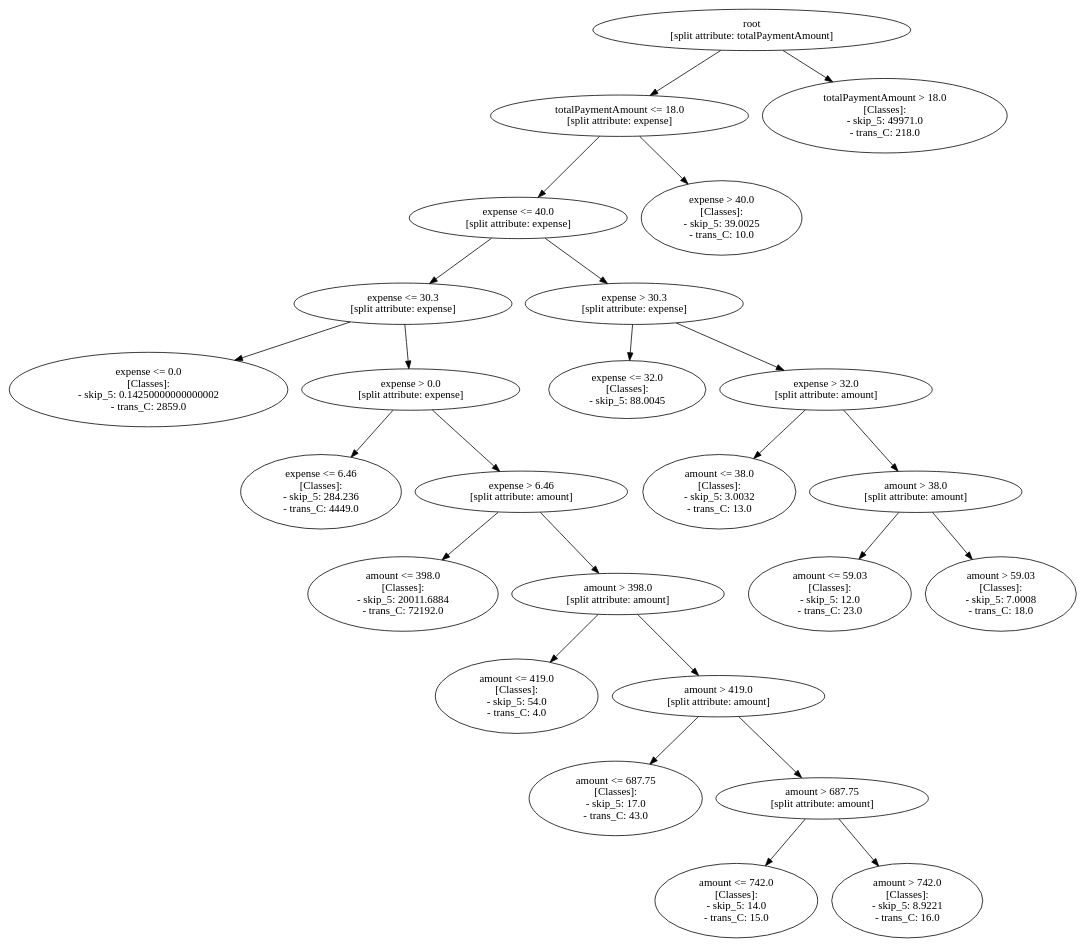
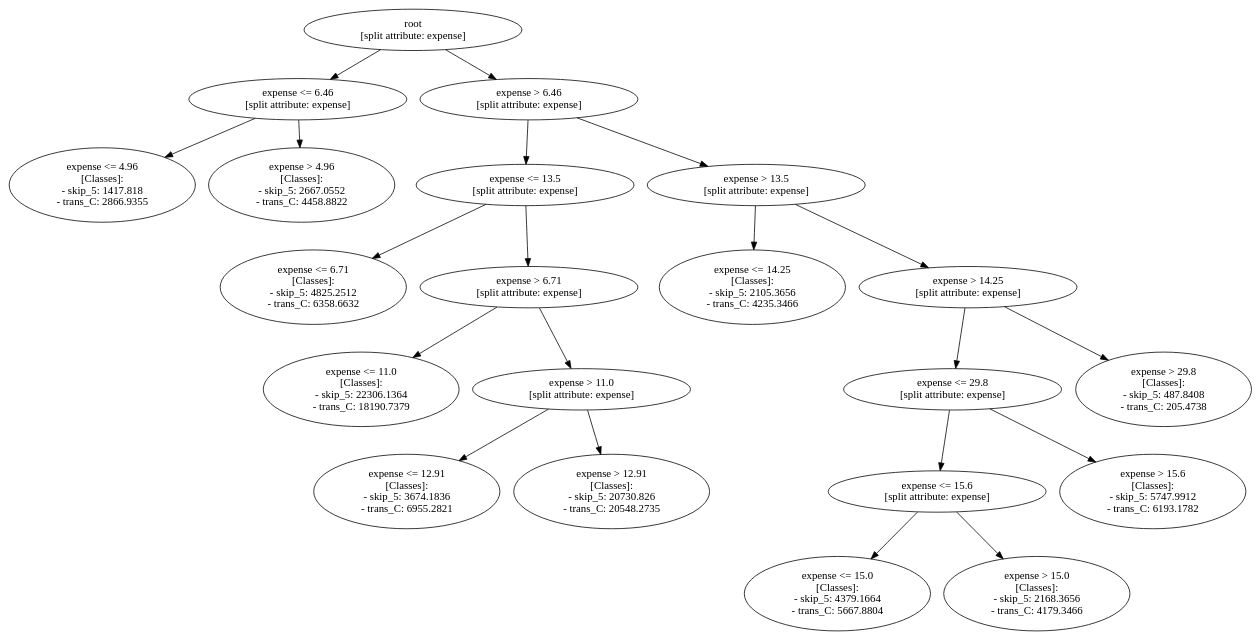
Before and after one commit to piepor/multiple-paths-decision-mining: the diagram in figures/Road_Traffic_Fine_Management_Process-p_5-3.gv, drawn with Graphviz. The commit also changed 655 other files, not shown here.

```diff
--- a/figures/Road_Traffic_Fine_Management_Process-p_5-3.gv
+++ b/figures/Road_Traffic_Fine_Management_Process-p_5-3.gv
@@ -1,102 +1,87 @@
 // Road_Traffic_Fine_Management_Process-p_5-3
 digraph "Road_Traffic_Fine_Management_Process-p_5-3" {
-	"50e1418c-c717-4389-8d7a-c7e8ebbf338f" [label="root 
- [split attribute: totalPaymentAmount]"]
-	"1eeca8f6-0e01-4e6c-bebb-7ec18703c23b" [label="totalPaymentAmount <= 18.0 
+	"60326849-33ee-4cf4-aecd-1391d67e955c" [label="root 
  [split attribute: expense]"]
-	"50e1418c-c717-4389-8d7a-c7e8ebbf338f" -> "1eeca8f6-0e01-4e6c-bebb-7ec18703c23b"
-	"b9861b8d-d65f-4e96-a85d-682e73c9eda0" [label="expense <= 40.0 
+	"a4df8423-cb50-4f7d-b5ef-fb28b17b2651" [label="expense <= 6.46 
  [split attribute: expense]"]
-	"1eeca8f6-0e01-4e6c-bebb-7ec18703c23b" -> "b9861b8d-d65f-4e96-a85d-682e73c9eda0"
-	"974cfe61-e4b8-4060-b898-18211319ef25" [label="expense <= 30.3 
+	"60326849-33ee-4cf4-aecd-1391d67e955c" -> "a4df8423-cb50-4f7d-b5ef-fb28b17b2651"
+	"26ad73c7-7bca-40b0-9b05-c2edfda39046" [label="expense <= 4.96 
+ [Classes]: 
+ - skip_5: 1417.818 
+ - trans_C: 2866.9355"]
+	"a4df8423-cb50-4f7d-b5ef-fb28b17b2651" -> "26ad73c7-7bca-40b0-9b05-c2edfda39046"
+	"07b53341-3b0b-4ccb-8e35-762285d78fe4" [label="expense > 4.96 
+ [Classes]: 
+ - skip_5: 2667.0552 
+ - trans_C: 4458.8822"]
+	"a4df8423-cb50-4f7d-b5ef-fb28b17b2651" -> "07b53341-3b0b-4ccb-8e35-762285d78fe4"
+	"9ff4b139-d2cf-4822-b560-042363619c1b" [label="expense > 6.46 
  [split attribute: expense]"]
-	"b9861b8d-d65f-4e96-a85d-682e73c9eda0" -> "974cfe61-e4b8-4060-b898-18211319ef25"
-	"5652ce3f-5eb8-408d-8591-99cacde1356c" [label="expense <= 0.0 
+	"60326849-33ee-4cf4-aecd-1391d67e955c" -> "9ff4b139-d2cf-4822-b560-042363619c1b"
+	"9408a75f-bbe8-45c7-a14d-1fc790cc2ead" [label="expense <= 13.5 
+ [split attribute: expense]"]
+	"9ff4b139-d2cf-4822-b560-042363619c1b" -> "9408a75f-bbe8-45c7-a14d-1fc790cc2ead"
+	"b951ad37-0e6f-4c86-b89b-896fc53dd505" [label="expense <= 6.71 
  [Classes]: 
- - skip_5: 0.14250000000000002 
- - trans_C: 2859.0"]
-	"974cfe61-e4b8-4060-b898-18211319ef25" -> "5652ce3f-5eb8-408d-8591-99cacde1356c"
-	"2b5a3c57-3be8-405e-9613-0a6ab4c27adf" [label="expense > 0.0 
+ - skip_5: 4825.2512 
+ - trans_C: 6358.6632"]
+	"9408a75f-bbe8-45c7-a14d-1fc790cc2ead" -> "b951ad37-0e6f-4c86-b89b-896fc53dd505"
+	"790cd0e3-9584-4796-95b6-1a9af53770f3" [label="expense > 6.71 
  [split attribute: expense]"]
-	"974cfe61-e4b8-4060-b898-18211319ef25" -> "2b5a3c57-3be8-405e-9613-0a6ab4c27adf"
-	"cbb13474-0ab6-4a1b-a407-d3ce18df38dc" [label="expense <= 6.46 
+	"9408a75f-bbe8-45c7-a14d-1fc790cc2ead" -> "790cd0e3-9584-4796-95b6-1a9af53770f3"
+	"22b8af8b-f84b-438a-9487-f409d33f9f86" [label="expense <= 11.0 
  [Classes]: 
- - skip_5: 284.236 
- - trans_C: 4449.0"]
-	"2b5a3c57-3be8-405e-9613-0a6ab4c27adf" -> "cbb13474-0ab6-4a1b-a407-d3ce18df38dc"
-	"9d8a1d61-0d83-4002-a0ae-6d5eb2124c86" [label="expense > 6.46 
- [split attribute: amount]"]
-	"2b5a3c57-3be8-405e-9613-0a6ab4c27adf" -> "9d8a1d61-0d83-4002-a0ae-6d5eb2124c86"
-	"0b2f3d60-1877-4f02-acfb-99fbd05867af" [label="amount <= 398.0 
+ - skip_5: 22306.1364 
+ - trans_C: 18190.7379"]
+	"790cd0e3-9584-4796-95b6-1a9af53770f3" -> "22b8af8b-f84b-438a-9487-f409d33f9f86"
+	"058cee04-2c68-47a5-a5fa-afd679f95efb" [label="expense > 11.0 
+ [split attribute: expense]"]
+	"790cd0e3-9584-4796-95b6-1a9af53770f3" -> "058cee04-2c68-47a5-a5fa-afd679f95efb"
+	"fa840bc5-1f7b-418e-96d0-3343e0c56262" [label="expense <= 12.91 
  [Classes]: 
- - skip_5: 20011.6884 
- - trans_C: 72192.0"]
-	"9d8a1d61-0d83-4002-a0ae-6d5eb2124c86" -> "0b2f3d60-1877-4f02-acfb-99fbd05867af"
-	"67dce0b2-6b28-4933-a63c-30255ee92002" [label="amount > 398.0 
- [split attribute: amount]"]
-	"9d8a1d61-0d83-4002-a0ae-6d5eb2124c86" -> "67dce0b2-6b28-4933-a63c-30255ee92002"
-	"660e4220-4d58-49f6-9dc8-1547f3331a31" [label="amount <= 419.0 
+ - skip_5: 3674.1836 
+ - trans_C: 6955.2821"]
+	"058cee04-2c68-47a5-a5fa-afd679f95efb" -> "fa840bc5-1f7b-418e-96d0-3343e0c56262"
+	"741e6163-654f-49d4-9a4e-76ed84432ac8" [label="expense > 12.91 
  [Classes]: 
- - skip_5: 54.0 
- - trans_C: 4.0"]
-	"67dce0b2-6b28-4933-a63c-30255ee92002" -> "660e4220-4d58-49f6-9dc8-1547f3331a31"
-	"a18baad9-7fb3-4047-8489-dfd196018037" [label="amount > 419.0 
- [split attribute: amount]"]
-	"67dce0b2-6b28-4933-a63c-30255ee92002" -> "a18baad9-7fb3-4047-8489-dfd196018037"
-	"40973ee7-5a58-4e13-9447-4bbe146a630b" [label="amount <= 687.75 
+ - skip_5: 20730.826 
+ - trans_C: 20548.2735"]
+	"058cee04-2c68-47a5-a5fa-afd679f95efb" -> "741e6163-654f-49d4-9a4e-76ed84432ac8"
+	"a1c3358b-b442-4e89-b3f3-ed1f7de4f86e" [label="expense > 13.5 
+ [split attribute: expense]"]
+	"9ff4b139-d2cf-4822-b560-042363619c1b" -> "a1c3358b-b442-4e89-b3f3-ed1f7de4f86e"
+	"43a83bea-3356-488b-9fbd-8a2539ab1df2" [label="expense <= 14.25 
  [Classes]: 
- - skip_5: 17.0 
- - trans_C: 43.0"]
-	"a18baad9-7fb3-4047-8489-dfd196018037" -> "40973ee7-5a58-4e13-9447-4bbe146a630b"
-	"5fd839a1-1252-45c6-a669-492a08e89db5" [label="amount > 687.75 
- [split attribute: amount]"]
-	"a18baad9-7fb3-4047-8489-dfd196018037" -> "5fd839a1-1252-45c6-a669-492a08e89db5"
-	"17ad5a18-351f-467e-8fff-c8c04983ecd3" [label="amount <= 742.0 
+ - skip_5: 2105.3656 
+ - trans_C: 4235.3466"]
+	"a1c3358b-b442-4e89-b3f3-ed1f7de4f86e" -> "43a83bea-3356-488b-9fbd-8a2539ab1df2"
+	"62dd4c42-5ea2-40f3-957c-3cc4f18feeb5" [label="expense > 14.25 
+ [split attribute: expense]"]
+	"a1c3358b-b442-4e89-b3f3-ed1f7de4f86e" -> "62dd4c42-5ea2-40f3-957c-3cc4f18feeb5"
+	"a999befc-d8af-45b5-aa7e-14c51ca846e5" [label="expense <= 29.8 
+ [split attribute: expense]"]
+	"62dd4c42-5ea2-40f3-957c-3cc4f18feeb5" -> "a999befc-d8af-45b5-aa7e-14c51ca846e5"
+	"6ed170a2-3fb4-473e-bb9a-f653366c8f44" [label="expense <= 15.6 
+ [split attribute: expense]"]
+	"a999befc-d8af-45b5-aa7e-14c51ca846e5" -> "6ed170a2-3fb4-473e-bb9a-f653366c8f44"
+	"583366c7-d2af-409f-97b7-5b20bc9026ba" [label="expense <= 15.0 
  [Classes]: 
- - skip_5: 14.0 
- - trans_C: 15.0"]
-	"5fd839a1-1252-45c6-a669-492a08e89db5" -> "17ad5a18-351f-467e-8fff-c8c04983ecd3"
-	"1d6b6c93-5b9b-4293-aed3-9bba958e9629" [label="amount > 742.0 
+ - skip_5: 4379.1664 
+ - trans_C: 5667.8804"]
+	"6ed170a2-3fb4-473e-bb9a-f653366c8f44" -> "583366c7-d2af-409f-97b7-5b20bc9026ba"
+	"eaaacb3e-42d1-4dc0-89af-43123938616f" [label="expense > 15.0 
  [Classes]: 
- - skip_5: 8.9221 
- - trans_C: 16.0"]
-	"5fd839a1-1252-45c6-a669-492a08e89db5" -> "1d6b6c93-5b9b-4293-aed3-9bba958e9629"
-	"e32d8315-3bb9-40d2-873c-6d6ec6a18081" [label="expense > 30.3 
- [split attribute: expense]"]
-	"b9861b8d-d65f-4e96-a85d-682e73c9eda0" -> "e32d8315-3bb9-40d2-873c-6d6ec6a18081"
-	"1d19942f-8833-408f-be61-62a81b89ab2c" [label="expense <= 32.0 
+ - skip_5: 2168.3656 
+ - trans_C: 4179.3466"]
+	"6ed170a2-3fb4-473e-bb9a-f653366c8f44" -> "eaaacb3e-42d1-4dc0-89af-43123938616f"
+	"29be91db-5dc6-404e-ad34-c4cc81e58819" [label="expense > 15.6 
  [Classes]: 
- - skip_5: 88.0045"]
-	"e32d8315-3bb9-40d2-873c-6d6ec6a18081" -> "1d19942f-8833-408f-be61-62a81b89ab2c"
-	"a6ce09b2-f83f-42a5-b661-7a4d3f8760c1" [label="expense > 32.0 
- [split attribute: amount]"]
-	"e32d8315-3bb9-40d2-873c-6d6ec6a18081" -> "a6ce09b2-f83f-42a5-b661-7a4d3f8760c1"
-	"a2210edc-e6de-45ae-b41f-d436af731ddf" [label="amount <= 38.0 
+ - skip_5: 5747.9912 
+ - trans_C: 6193.1782"]
+	"a999befc-d8af-45b5-aa7e-14c51ca846e5" -> "29be91db-5dc6-404e-ad34-c4cc81e58819"
+	"165c2bb3-c8b7-40d4-84c9-10c3892964a9" [label="expense > 29.8 
  [Classes]: 
- - skip_5: 3.0032 
- - trans_C: 13.0"]
-	"a6ce09b2-f83f-42a5-b661-7a4d3f8760c1" -> "a2210edc-e6de-45ae-b41f-d436af731ddf"
-	"d7819495-8bed-4227-b525-868acdd438da" [label="amount > 38.0 
- [split attribute: amount]"]
-	"a6ce09b2-f83f-42a5-b661-7a4d3f8760c1" -> "d7819495-8bed-4227-b525-868acdd438da"
-	"f5588e64-0323-4e34-8d09-0fcd40cbdea5" [label="amount <= 59.03 
- [Classes]: 
- - skip_5: 12.0 
- - trans_C: 23.0"]
-	"d7819495-8bed-4227-b525-868acdd438da" -> "f5588e64-0323-4e34-8d09-0fcd40cbdea5"
-	"179e76dc-ce61-4e8d-9fd9-fd4d150c9331" [label="amount > 59.03 
- [Classes]: 
- - skip_5: 7.0008 
- - trans_C: 18.0"]
-	"d7819495-8bed-4227-b525-868acdd438da" -> "179e76dc-ce61-4e8d-9fd9-fd4d150c9331"
-	"b256c853-99a2-4a99-88b0-96fd3d702e72" [label="expense > 40.0 
- [Classes]: 
- - skip_5: 39.0025 
- - trans_C: 10.0"]
-	"1eeca8f6-0e01-4e6c-bebb-7ec18703c23b" -> "b256c853-99a2-4a99-88b0-96fd3d702e72"
-	"279e29be-42d8-4588-8315-5b848c97f546" [label="totalPaymentAmount > 18.0 
- [Classes]: 
- - skip_5: 49971.0 
- - trans_C: 218.0"]
-	"50e1418c-c717-4389-8d7a-c7e8ebbf338f" -> "279e29be-42d8-4588-8315-5b848c97f546"
+ - skip_5: 487.8408 
+ - trans_C: 205.4738"]
+	"62dd4c42-5ea2-40f3-957c-3cc4f18feeb5" -> "165c2bb3-c8b7-40d4-84c9-10c3892964a9"
 }
```
